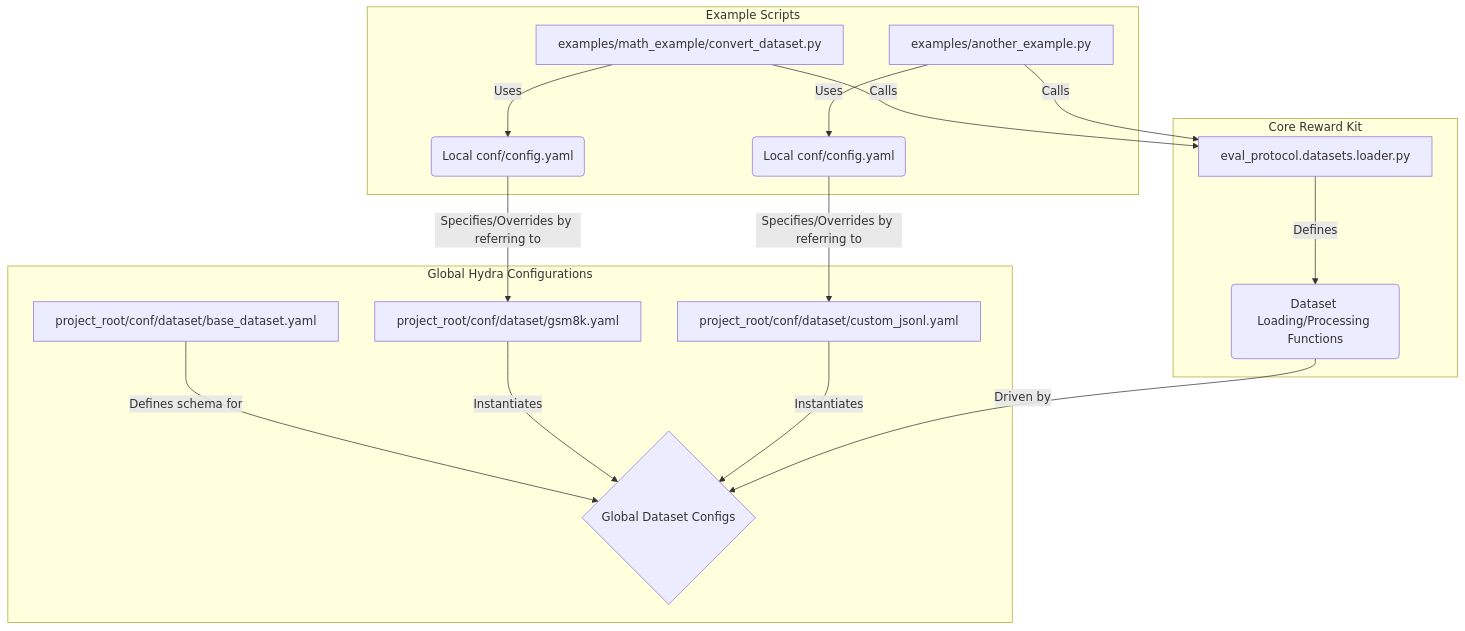
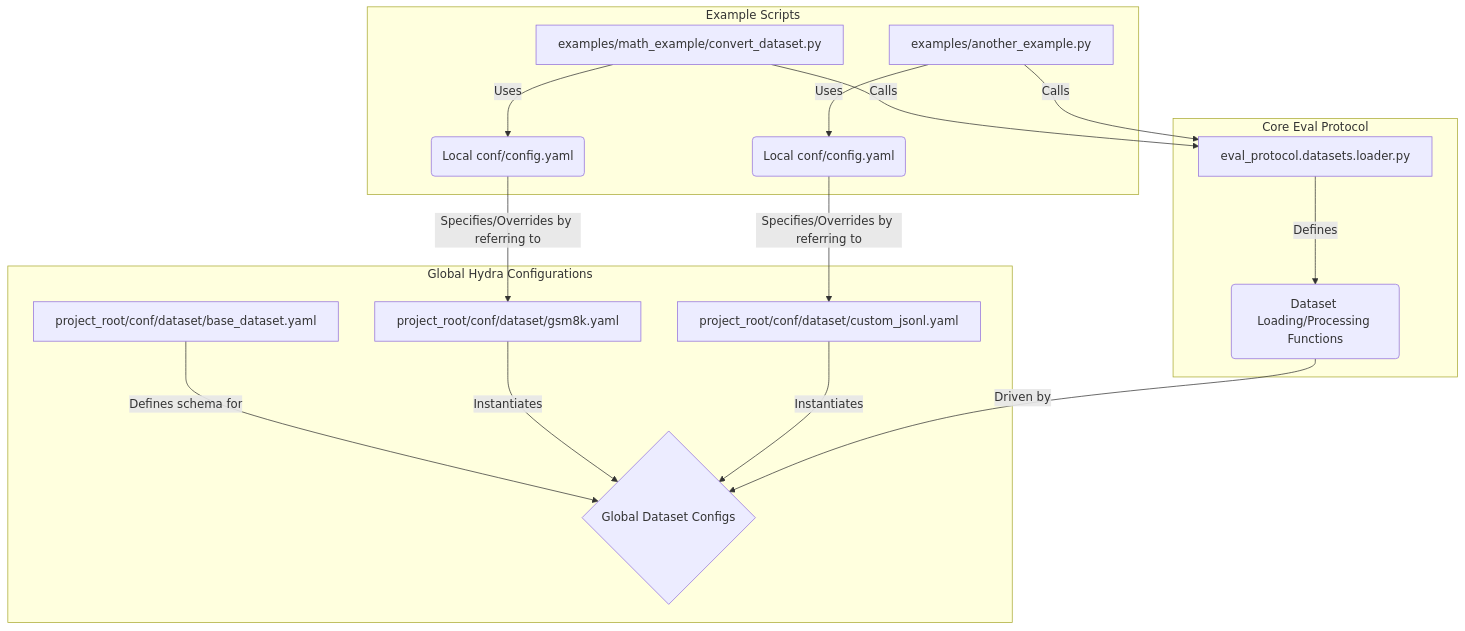
The diagram in development/notes/hydra_dataset_refactor_plan.md (eval-protocol/python-sdk), drawn with Mermaid before and after one commit. The commit also changed 22 other files, not shown here.

Commit message:
docs: migrate reward-kit references to eval protocol

````diff
--- a/development/notes/hydra_dataset_refactor_plan.md
+++ b/development/notes/hydra_dataset_refactor_plan.md
@@ -124,24 +124,24 @@
 ```mermaid
 graph TD
-    subgraph Core Reward Kit
+    subgraph Core Eval Protocol
         A[eval_protocol.datasets.loader.py] -- Defines --> B(Dataset Loading/Processing Functions);
     end
 
     subgraph Global Hydra Configurations
         C[project_root/conf/dataset/base_dataset.yaml] -- Defines schema for --> D{Global Dataset Configs};
         E[project_root/conf/dataset/gsm8k.yaml] -- Instantiates --> D;
         F[project_root/conf/dataset/custom_jsonl.yaml] -- Instantiates --> D;
     end
 
     subgraph Example Scripts
         G[examples/math_example/convert_dataset.py] -- Uses --> H(Local conf/config.yaml);
         H -- Specifies/Overrides by referring to --> E;
         G -- Calls --> A;
 
         I[examples/another_example.py] -- Uses --> J(Local conf/config.yaml);
         J -- Specifies/Overrides by referring to --> F;
         I -- Calls --> A;
     end
 
     B -- Driven by --> D;
 ```
````
